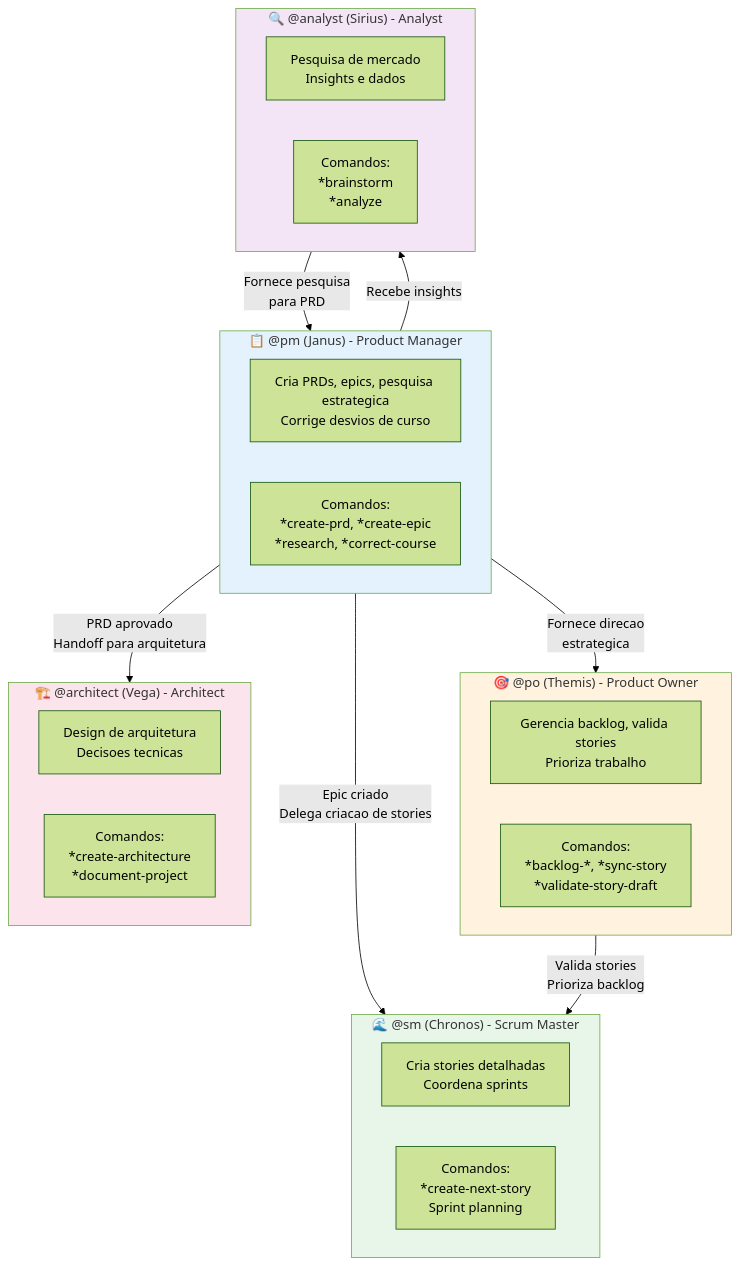
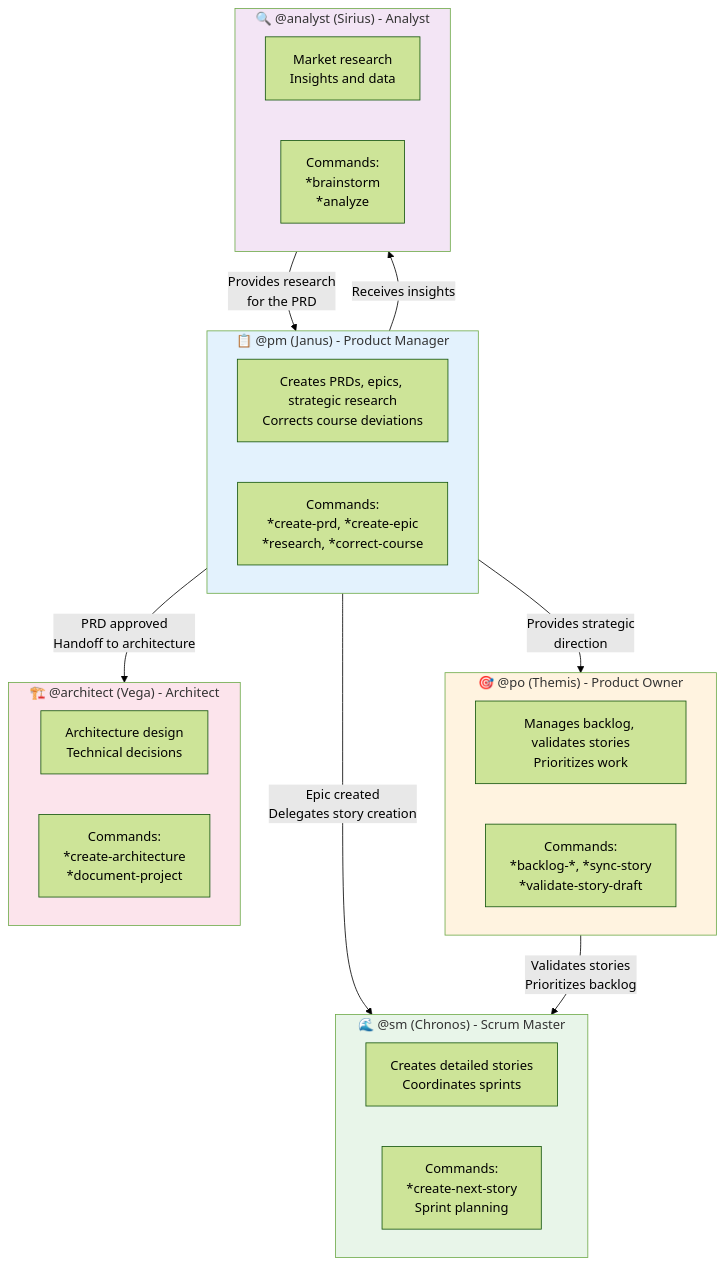
One commit to CyryxLabs/AEXOS changed the seventh of 8 diagrams in docs/guides/agents/PM-SYSTEM.md. Above: the diagram before and after it, drawn with Mermaid (forest theme). The commit also changed other lines of this file and 528 other files, not shown here.

````diff
--- a/docs/guides/agents/PM-SYSTEM.md
+++ b/docs/guides/agents/PM-SYSTEM.md
@@ -459,41 +459,41 @@
 ```mermaid
 flowchart TB
     subgraph PM_BOX["📋 @pm (Janus) - Product Manager"]
-        PM_DESC["Cria PRDs, epics, pesquisa estrategica<br/>Corrige desvios de curso"]
-        PM_CMDS["Comandos:<br/>*create-prd, *create-epic<br/>*research, *correct-course"]
+        PM_DESC["Creates PRDs, epics, strategic research<br/>Corrects course deviations"]
+        PM_CMDS["Commands:<br/>*create-prd, *create-epic<br/>*research, *correct-course"]
     end
 
     subgraph PO_BOX["🎯 @po (Themis) - Product Owner"]
-        PO_DESC["Gerencia backlog, valida stories<br/>Prioriza trabalho"]
-        PO_CMDS["Comandos:<br/>*backlog-*, *sync-story<br/>*validate-story-draft"]
+        PO_DESC["Manages backlog, validates stories<br/>Prioritizes work"]
+        PO_CMDS["Commands:<br/>*backlog-*, *sync-story<br/>*validate-story-draft"]
     end
 
     subgraph SM_BOX["🌊 @sm (Chronos) - Scrum Master"]
-        SM_DESC["Cria stories detalhadas<br/>Coordena sprints"]
-        SM_CMDS["Comandos:<br/>*create-next-story<br/>Sprint planning"]
+        SM_DESC["Creates detailed stories<br/>Coordinates sprints"]
+        SM_CMDS["Commands:<br/>*create-next-story<br/>Sprint planning"]
     end
 
     subgraph ARCHITECT_BOX["🏗️ @architect (Vega) - Architect"]
-        ARCH_DESC["Design de arquitetura<br/>Decisoes tecnicas"]
-        ARCH_CMDS["Comandos:<br/>*create-architecture<br/>*document-project"]
+        ARCH_DESC["Architecture design<br/>Technical decisions"]
+        ARCH_CMDS["Commands:<br/>*create-architecture<br/>*document-project"]
     end
 
     subgraph ANALYST_BOX["🔍 @analyst (Sirius) - Analyst"]
-        ANALYST_DESC["Pesquisa de mercado<br/>Insights e dados"]
-        ANALYST_CMDS["Comandos:<br/>*brainstorm<br/>*analyze"]
+        ANALYST_DESC["Market research<br/>Insights and data"]
+        ANALYST_CMDS["Commands:<br/>*brainstorm<br/>*analyze"]
     end
 
-    PM_BOX -->|"PRD aprovado<br/>Handoff para arquitetura"| ARCHITECT_BOX
-    PM_BOX -->|"Epic criado<br/>Delega criacao de stories"| SM_BOX
-    PM_BOX -->|"Recebe insights"| ANALYST_BOX
-    PM_BOX -->|"Fornece direcao<br/>estrategica"| PO_BOX
+    PM_BOX -->|"PRD approved<br/>Handoff to architecture"| ARCHITECT_BOX
+    PM_BOX -->|"Epic created<br/>Delegates story creation"| SM_BOX
+    PM_BOX -->|"Receives insights"| ANALYST_BOX
+    PM_BOX -->|"Provides strategic<br/>direction"| PO_BOX
 
-    PO_BOX -->|"Valida stories<br/>Prioriza backlog"| SM_BOX
-    ANALYST_BOX -->|"Fornece pesquisa<br/>para PRD"| PM_BOX
+    PO_BOX -->|"Validates stories<br/>Prioritizes backlog"| SM_BOX
+    ANALYST_BOX -->|"Provides research<br/>for the PRD"| PM_BOX
 
     style PM_BOX fill:#e3f2fd
     style PO_BOX fill:#fff3e0
     style SM_BOX fill:#e8f5e9
     style ARCHITECT_BOX fill:#fce4ec
     style ANALYST_BOX fill:#f3e5f5
 ```
````
